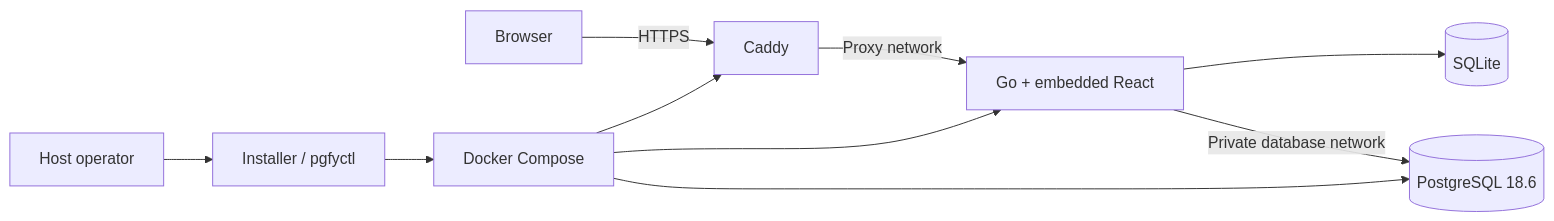
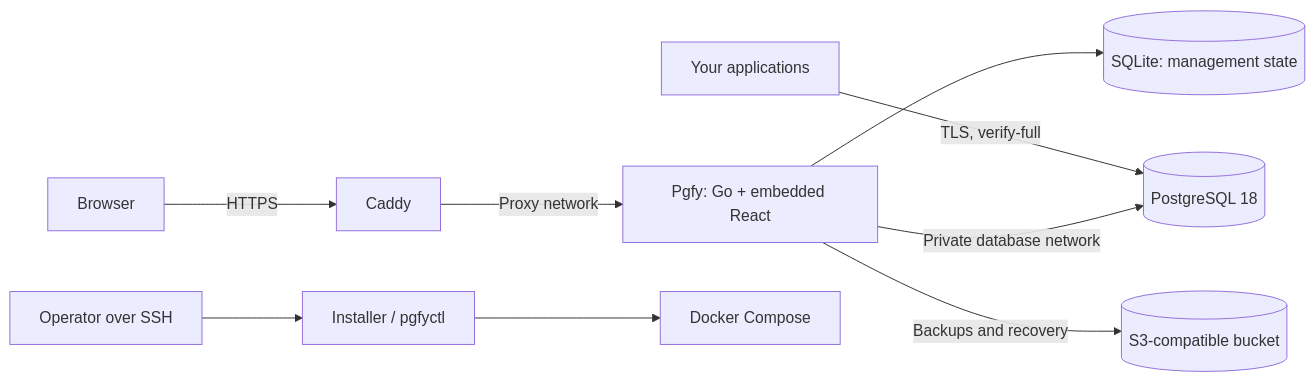
Before and after one commit to c-varun14/Pgfy: the diagram in README.md, drawn with Mermaid. The commit also changed other lines of this file and 4 other files, not shown here.

````diff
--- a/README.md
+++ b/README.md
@@ -85,12 +121,11 @@
 ```mermaid
 flowchart LR
   browser[Browser] -->|HTTPS| caddy[Caddy]
-  caddy -->|Proxy network| app[Go + embedded React]
-  app --> sqlite[(SQLite)]
-  app -->|Private database network| pg[(PostgreSQL 18.6)]
-  operator[Host operator] --> installer[Installer / pgfyctl]
-  installer --> compose[Docker Compose]
-  compose --> caddy
-  compose --> app
-  compose --> pg
+  apps[Your applications] -->|TLS, verify-full| pg
+  caddy -->|Proxy network| app[Pgfy: Go + embedded React]
+  app --> sqlite[(SQLite: management state)]
+  app -->|Private database network| pg[(PostgreSQL 18)]
+  app -->|Backups and recovery| s3[(S3-compatible bucket)]
+  operator[Operator over SSH] --> ctl[Installer / pgfyctl]
+  ctl --> compose[Docker Compose]
 ```
````
